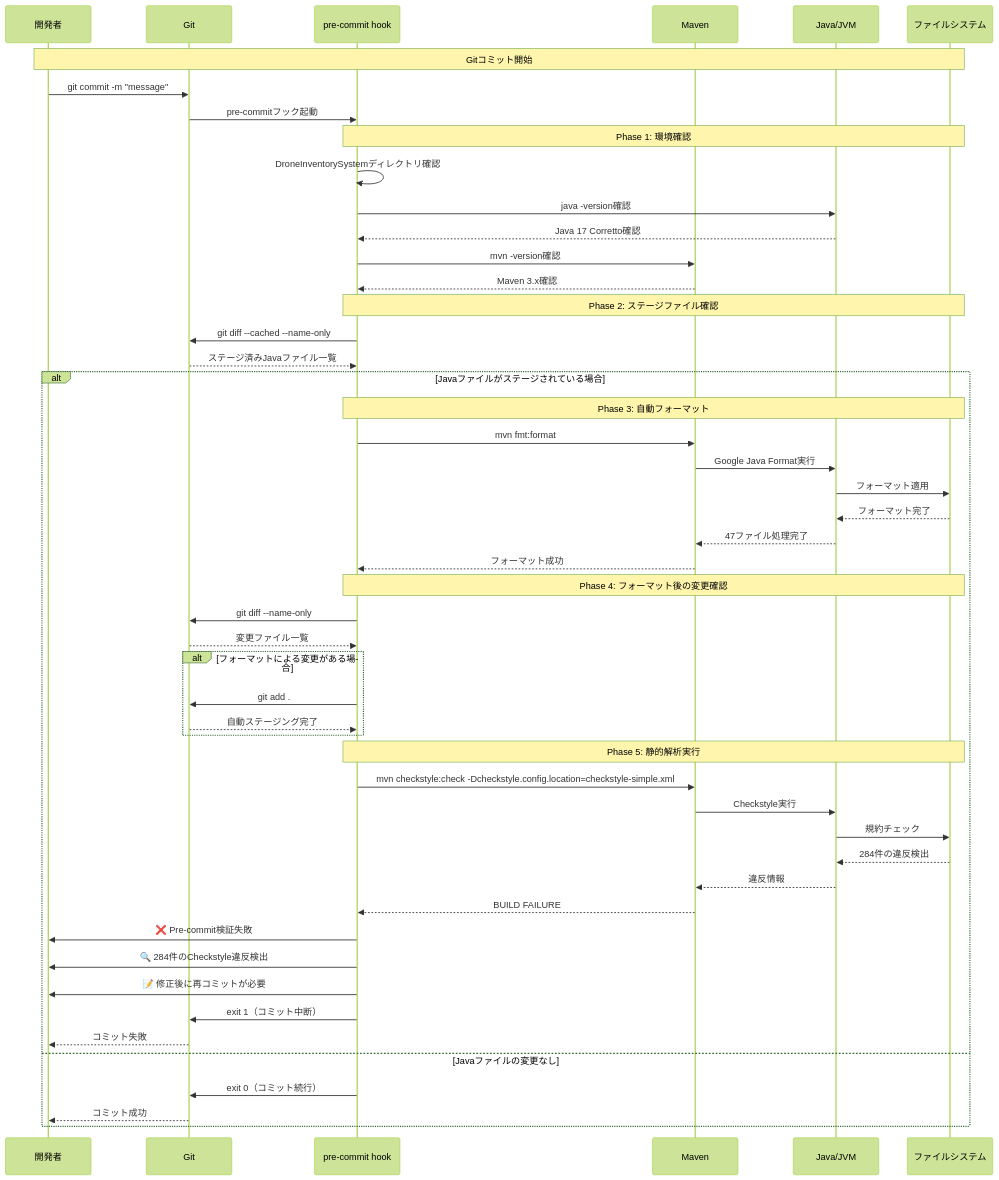
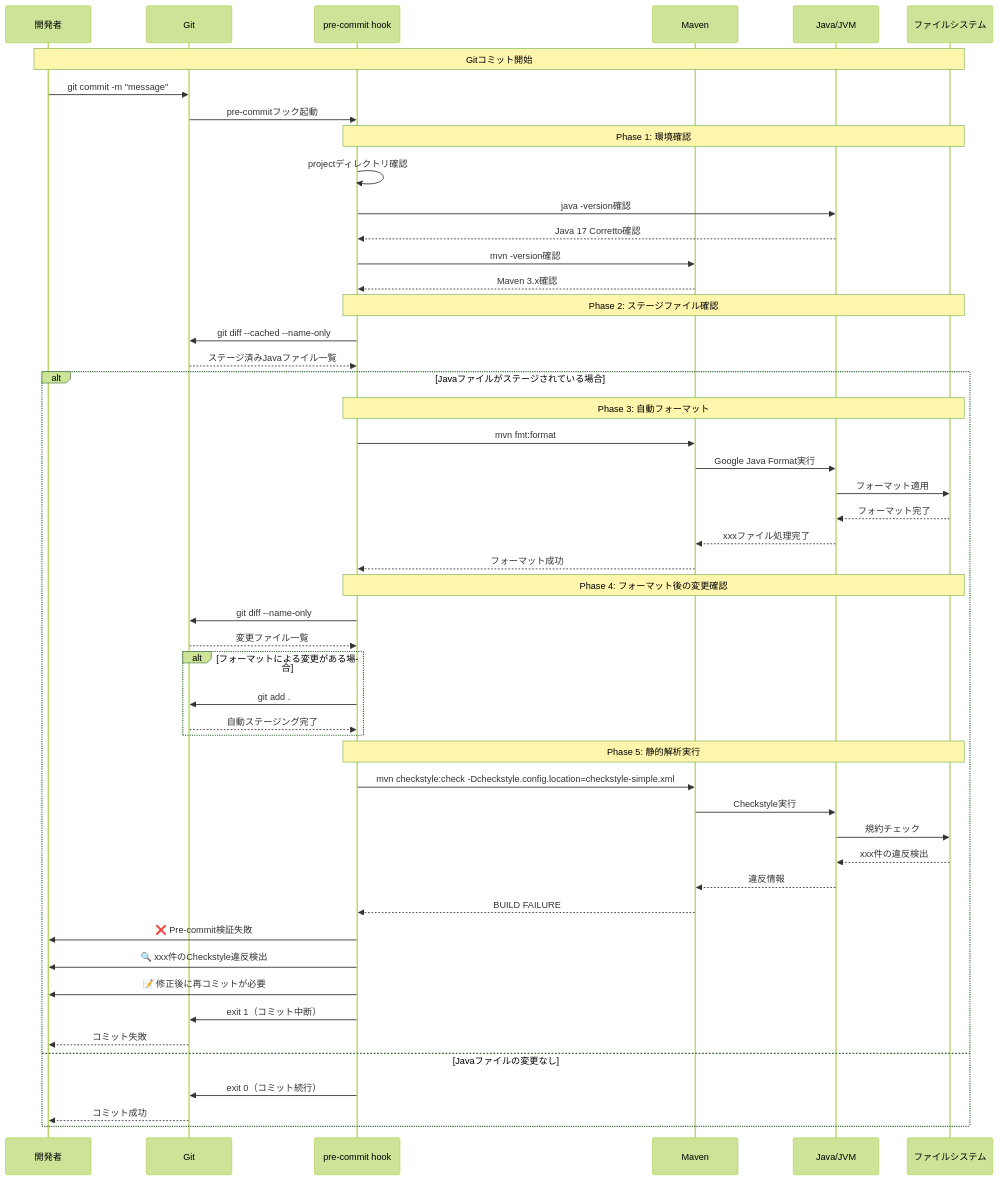
Before and after one commit to digital-ojt/development-webCourse-DroneInventorySystem: the ninth of 13 diagrams in scripts/STATIC_ANALYSIS_SEQUENCE_DIAGRAM.md, drawn with Mermaid (forest theme). The commit also changed other lines of this file and 1 other file, not shown here.

Commit message:
シーケンス図の更新

````diff
--- a/scripts/STATIC_ANALYSIS_SEQUENCE_DIAGRAM.md
+++ b/scripts/STATIC_ANALYSIS_SEQUENCE_DIAGRAM.md
@@ -451,61 +749,61 @@
 ```mermaid
 sequenceDiagram
     participant Dev as 開発者
     participant Git as Git
     participant Hook as pre-commit hook
     participant Maven as Maven
     participant Java as Java/JVM
     participant Files as ファイルシステム
     
     Note over Dev, Files: Gitコミット開始
     Dev->>Git: git commit -m "message"
     Git->>Hook: pre-commitフック起動
     
     Note over Hook, Files: Phase 1: 環境確認
-    Hook->>Hook: DroneInventorySystemディレクトリ確認
+    Hook->>Hook: projectディレクトリ確認
     Hook->>Java: java -version確認
     Java-->>Hook: Java 17 Corretto確認
     Hook->>Maven: mvn -version確認
     Maven-->>Hook: Maven 3.x確認
     
     Note over Hook, Files: Phase 2: ステージファイル確認
     Hook->>Git: git diff --cached --name-only
     Git-->>Hook: ステージ済みJavaファイル一覧
     
     alt Javaファイルがステージされている場合
         Note over Hook, Files: Phase 3: 自動フォーマット
         Hook->>Maven: mvn fmt:format
         Maven->>Java: Google Java Format実行
         Java->>Files: フォーマット適用
         Files-->>Java: フォーマット完了
-        Java-->>Maven: 47ファイル処理完了
+        Java-->>Maven: xxxファイル処理完了
         Maven-->>Hook: フォーマット成功
         
         Note over Hook, Files: Phase 4: フォーマット後の変更確認
         Hook->>Git: git diff --name-only
         Git-->>Hook: 変更ファイル一覧
         
         alt フォーマットによる変更がある場合
             Hook->>Git: git add .
             Git-->>Hook: 自動ステージング完了
         end
         
         Note over Hook, Files: Phase 5: 静的解析実行
         Hook->>Maven: mvn checkstyle:check -Dcheckstyle.config.location=checkstyle-simple.xml
         Maven->>Java: Checkstyle実行
         Java->>Files: 規約チェック
-        Files-->>Java: 284件の違反検出
+        Files-->>Java:xxx件の違反検出
         Java-->>Maven: 違反情報
         Maven-->>Hook: BUILD FAILURE
         
         Hook->>Dev: ❌ Pre-commit検証失敗
-        Hook->>Dev: 🔍 284件のCheckstyle違反検出
+        Hook->>Dev: 🔍 xxx件のCheckstyle違反検出
         Hook->>Dev: 📝 修正後に再コミットが必要
         Hook->>Git: exit 1（コミット中断）
         Git-->>Dev: コミット失敗
         
     else Javaファイルの変更なし
         Hook->>Git: exit 0（コミット続行）
         Git-->>Dev: コミット成功
     end
 ```
````
